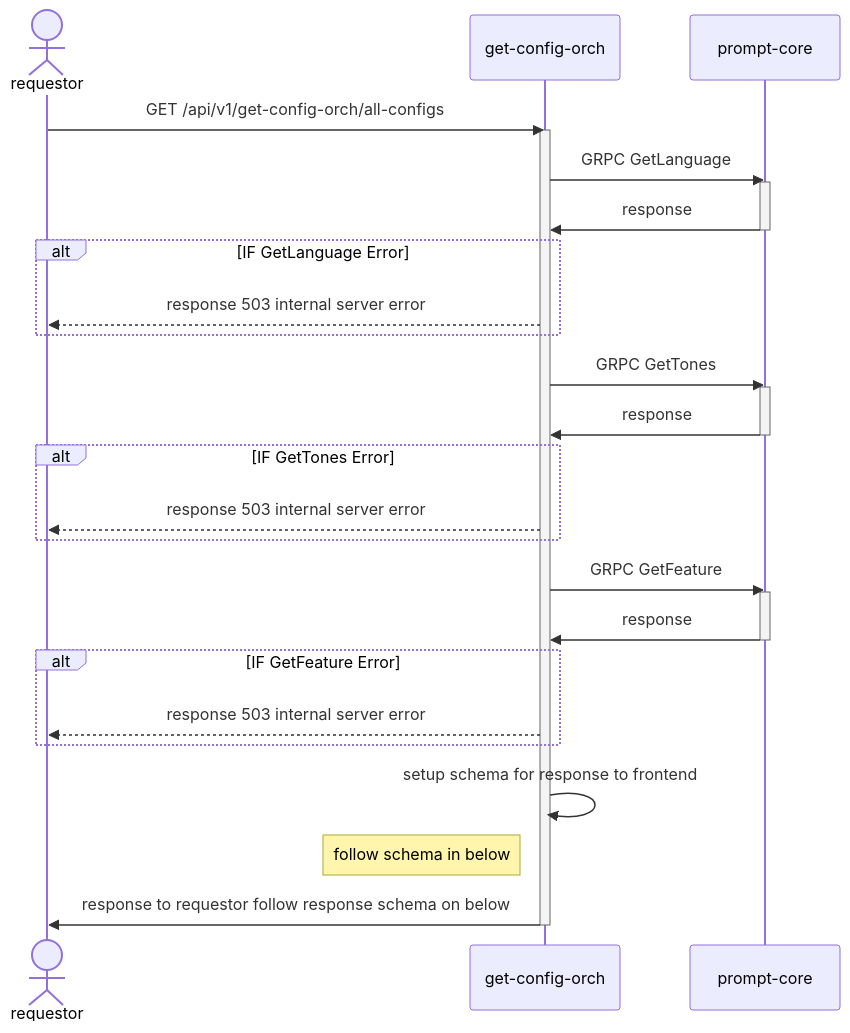
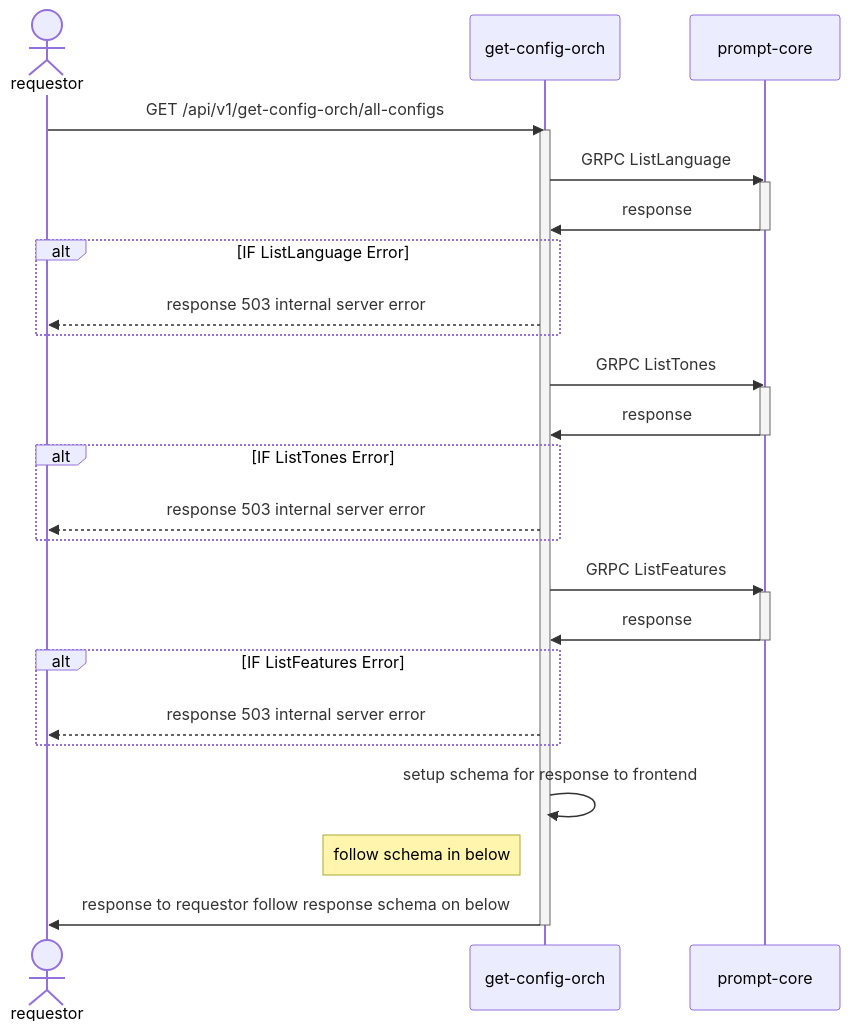
One commit to promptlabth/docs-of-all changed the diagram in systemFlow/orch/getConfigOrch/all-configs/all-configs v1.0.0.md. Above: the diagram before and after it, drawn with Mermaid. The commit also changed other lines of this file, not shown here.

Commit message:
update Get to list

````diff
--- a/systemFlow/orch/getConfigOrch/all-configs/all-configs v1.0.0.md
+++ b/systemFlow/orch/getConfigOrch/all-configs/all-configs v1.0.0.md
@@ -18,43 +18,43 @@
 ``` mermaid
 sequenceDiagram
     actor requestor as requestor
     participant get-config-orch as get-config-orch
     participant prompt-core as prompt-core
 
     requestor ->> get-config-orch: GET /api/v1/get-config-orch/all-configs
     activate get-config-orch
 
-    get-config-orch ->> prompt-core: GRPC GetLanguage
+    get-config-orch ->> prompt-core: GRPC ListLanguage
     activate prompt-core
     prompt-core ->>  get-config-orch: response
     deactivate prompt-core
 
-    alt IF GetLanguage Error
+    alt IF ListLanguage Error
     get-config-orch -->> requestor: response 503 internal server error
     end
 
-    get-config-orch ->> prompt-core: GRPC GetTones
+    get-config-orch ->> prompt-core: GRPC ListTones
     activate prompt-core
     prompt-core ->>  get-config-orch: response
     deactivate prompt-core
 
-    alt IF GetTones Error
+    alt IF ListTones Error
     get-config-orch -->> requestor: response 503 internal server error
     end
 
-    get-config-orch ->> prompt-core: GRPC GetFeature
+    get-config-orch ->> prompt-core: GRPC ListFeatures
     activate prompt-core
     prompt-core ->>  get-config-orch: response
     deactivate prompt-core
 
-    alt IF GetFeature Error
+    alt IF ListFeatures Error
     get-config-orch -->> requestor: response 503 internal server error
     end
 
     get-config-orch ->> get-config-orch : setup schema for response to frontend
     note left of get-config-orch : follow schema in below
 
 
     get-config-orch ->> requestor: response to requestor follow response schema on below
     deactivate get-config-orch
 ```
````
